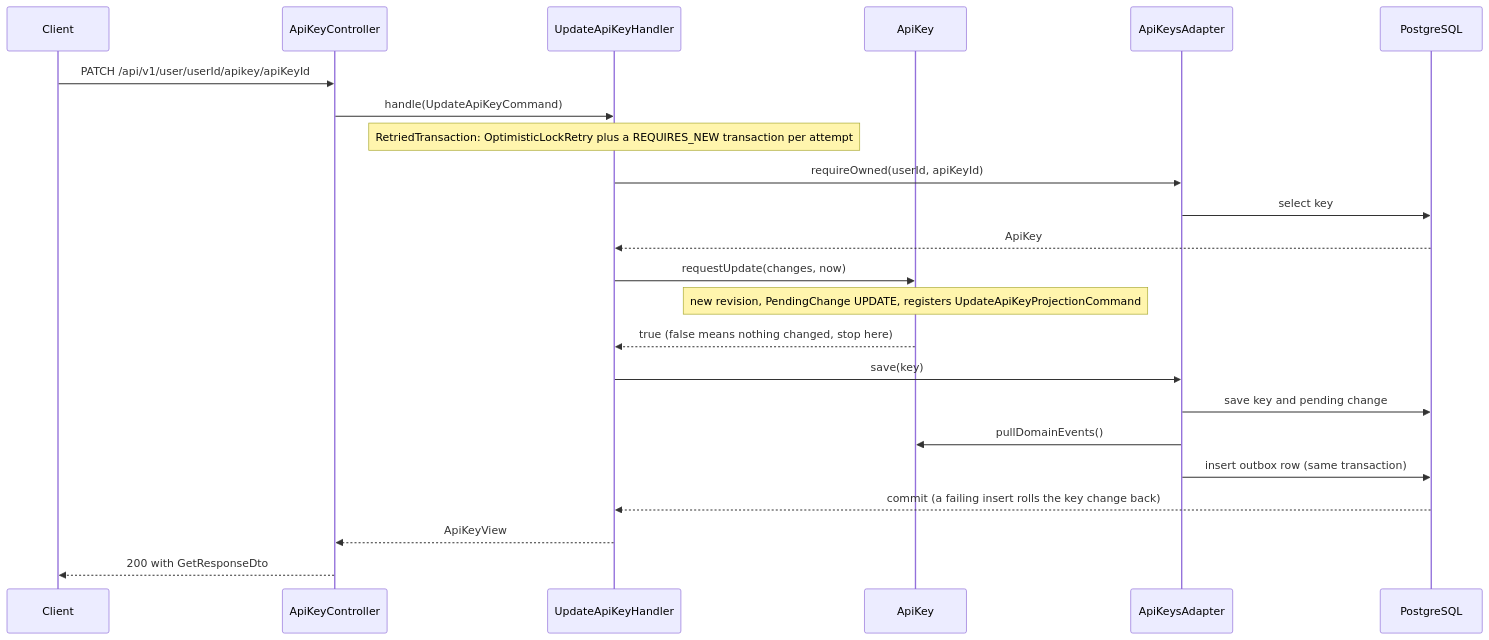
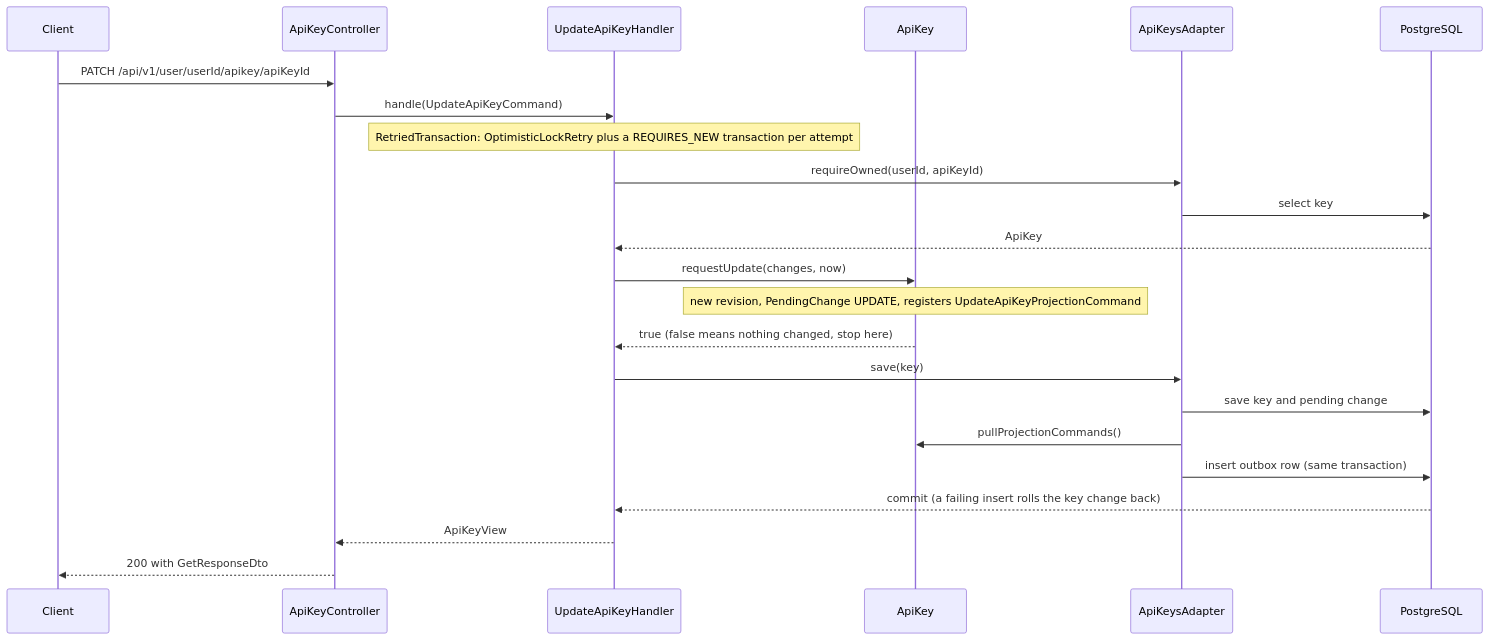
One commit to Dhiren9939/HQ-Tier0 changed the sixth of 7 diagrams in docs/access-class-structure.md. Above: the diagram before and after it, drawn with Mermaid. The commit also changed other lines of this file and 3 other files, not shown here.

Commit message:
docs: describe outbound projection commands and the serviceId on confirm and reject

````diff
--- a/docs/access-class-structure.md
+++ b/docs/access-class-structure.md
@@ -429,26 +431,26 @@
 ```mermaid
 sequenceDiagram
     participant Client
     participant Ctl as ApiKeyController
     participant H as UpdateApiKeyHandler
     participant Key as ApiKey
     participant Ad as ApiKeysAdapter
     participant DB as PostgreSQL
 
     Client->>Ctl: PATCH /api/v1/user/userId/apikey/apiKeyId
     Ctl->>H: handle(UpdateApiKeyCommand)
     Note over H: RetriedTransaction: OptimisticLockRetry plus a REQUIRES_NEW transaction per attempt
     H->>Ad: requireOwned(userId, apiKeyId)
     Ad->>DB: select key
     DB-->>H: ApiKey
     H->>Key: requestUpdate(changes, now)
     Note over Key: new revision, PendingChange UPDATE, registers UpdateApiKeyProjectionCommand
     Key-->>H: true (false means nothing changed, stop here)
     H->>Ad: save(key)
     Ad->>DB: save key and pending change
-    Ad->>Key: pullDomainEvents()
+    Ad->>Key: pullProjectionCommands()
     Ad->>DB: insert outbox row (same transaction)
     DB-->>H: commit (a failing insert rolls the key change back)
     H-->>Ctl: ApiKeyView
     Ctl-->>Client: 200 with GetResponseDto
 ```
````
